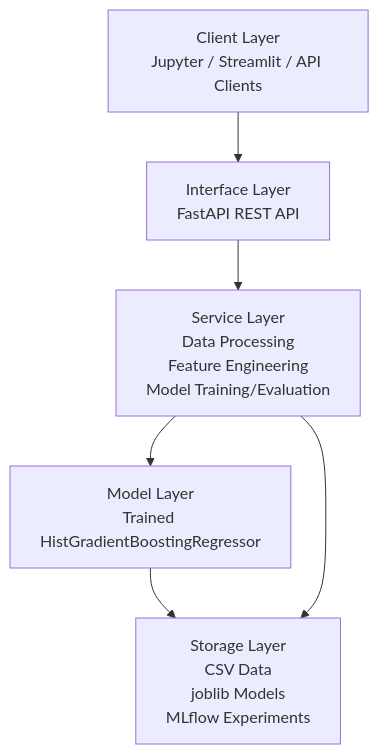
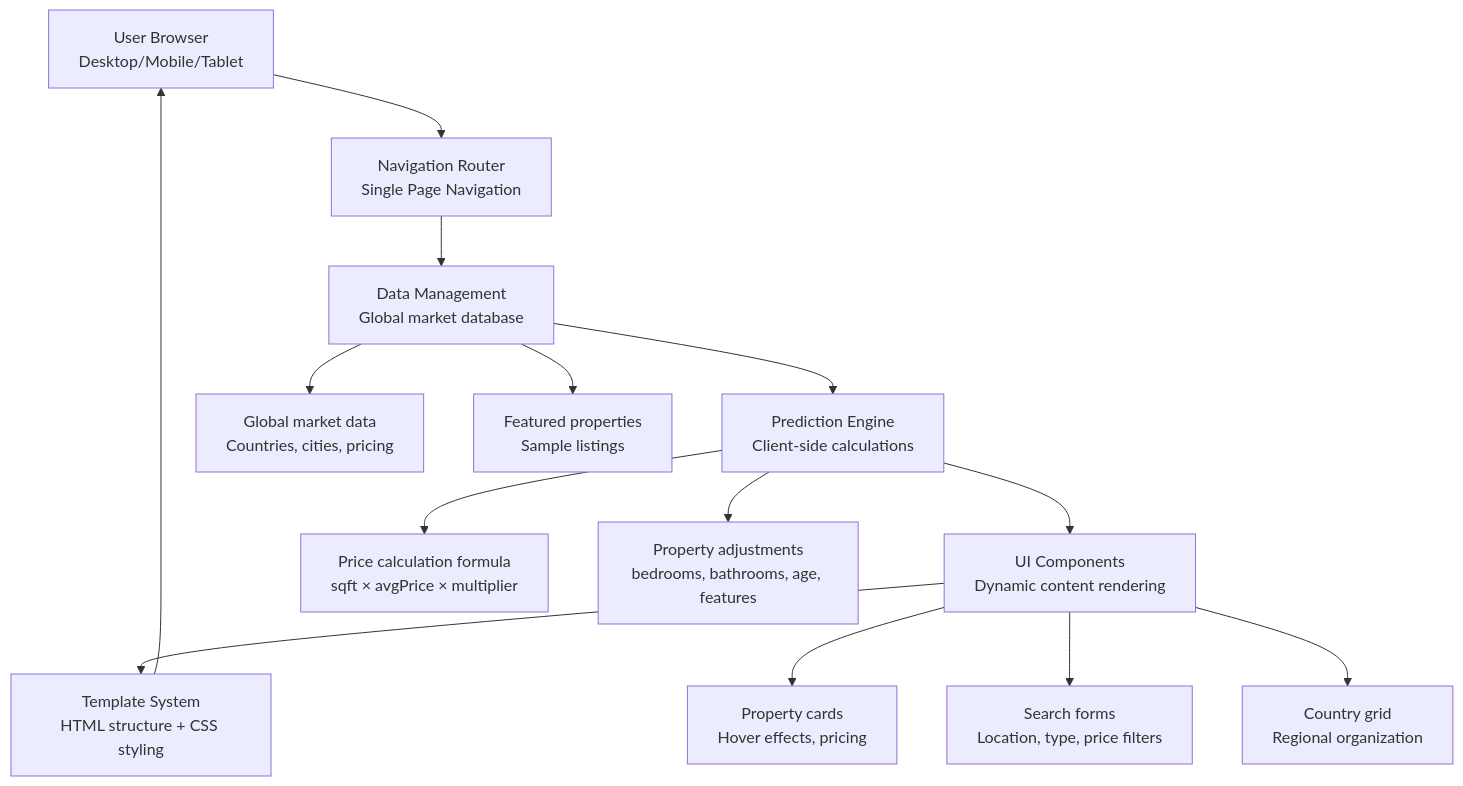
One commit to tashkirrr/housing-price-prediction changed the second of 4 diagrams in .qoder/repowiki/en/content/Project Overview.md. Above: the diagram before and after it, drawn with Mermaid. The commit also changed other lines of this file and 9 other files, not shown here.

````diff
--- a/.qoder/repowiki/en/content/Project Overview.md
+++ b/.qoder/repowiki/en/content/Project Overview.md
@@ -145,13 +146,22 @@
 ```mermaid
 graph TB
-Client["Client Layer<br/>Jupyter / Streamlit / API Clients"]
-IF["Interface Layer<br/>FastAPI REST API"]
-SVC["Service Layer<br/>Data Processing<br/>Feature Engineering<br/>Model Training/Evaluation"]
-MODEL["Model Layer<br/>Trained HistGradientBoostingRegressor"]
-STORE["Storage Layer<br/>CSV Data<br/>joblib Models<br/>MLflow Experiments"]
-Client --> IF
-IF --> SVC
-SVC --> MODEL
-MODEL --> STORE
-SVC --> STORE
+Client["User Browser<br/>Desktop/Mobile/Tablet"]
+Router["Navigation Router<br/>Single Page Navigation"]
+DataLayer["Data Management<br/>Global market database"]
+Calculation["Prediction Engine<br/>Client-side calculations"]
+UIComponents["UI Components<br/>Dynamic content rendering"]
+Template["Template System<br/>HTML structure + CSS styling"]
+Client --> Router
+Router --> DataLayer
+DataLayer --> Calculation
+Calculation --> UIComponents
+UIComponents --> Template
+Template --> Client
+DataLayer --> GlobalData["Global market data<br/>Countries, cities, pricing"]
+DataLayer --> Featured["Featured properties<br/>Sample listings"]
+Calculation --> PriceFormula["Price calculation formula<br/>sqft × avgPrice × multiplier"]
+Calculation --> Adjustments["Property adjustments<br/>bedrooms, bathrooms, age, features"]
+UIComponents --> PropertyCards["Property cards<br/>Hover effects, pricing"]
+UIComponents --> SearchForms["Search forms<br/>Location, type, price filters"]
+UIComponents --> CountryGrid["Country grid<br/>Regional organization"]
 ```
````
